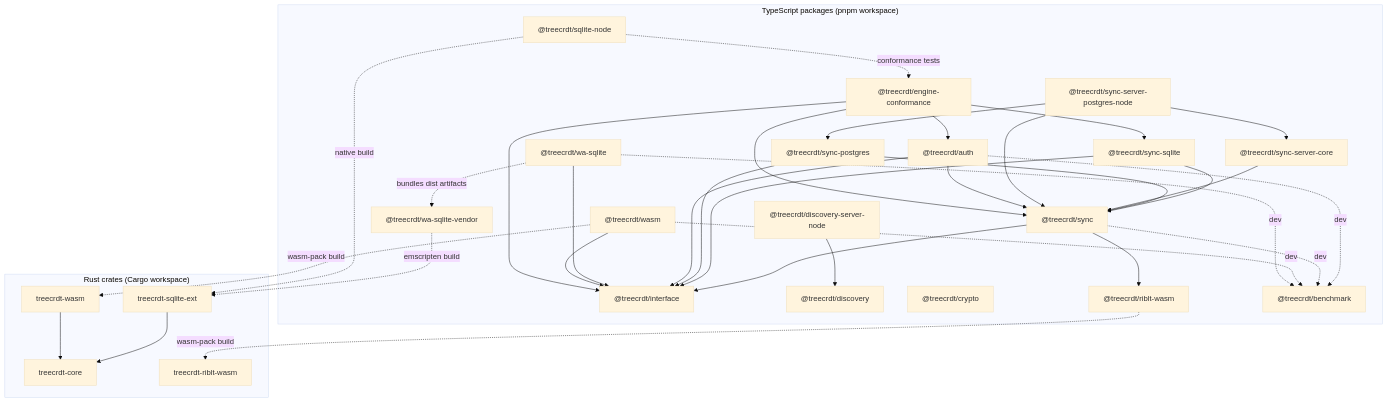
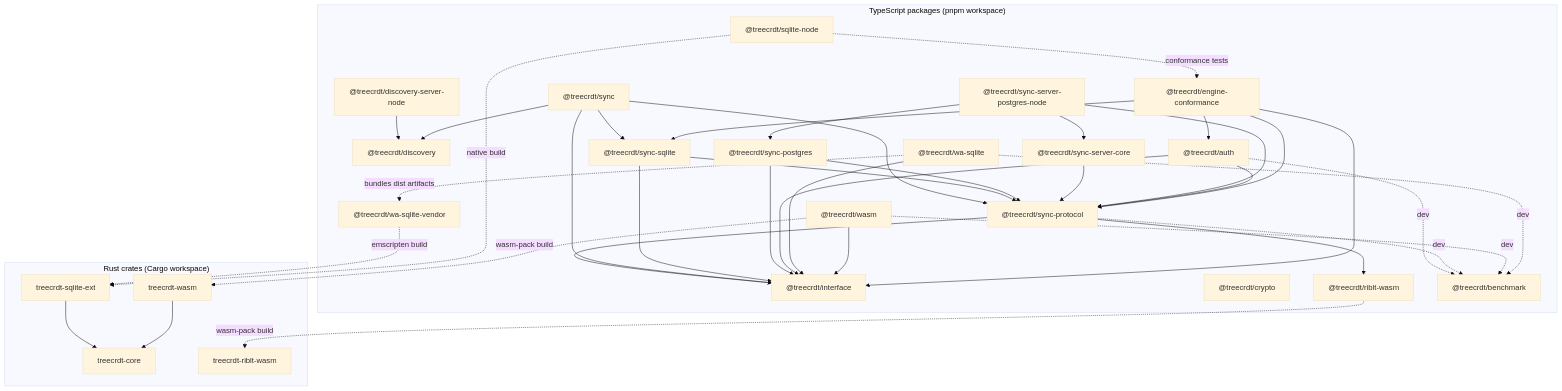
Before and after one commit to cybersemics/treecrdt: the diagram in docs/ARCHITECTURE.md, drawn with Mermaid (base theme). The commit also changed other lines of this file and 132 other files, not shown here.

Commit message:
chore: rename sync to sync-protocol / sync package with socket implementation

````diff
--- a/docs/ARCHITECTURE.md
+++ b/docs/ARCHITECTURE.md
@@ -18,69 +18,74 @@
 ```mermaid
 flowchart TD
   %% Rust crates (Cargo workspace)
   subgraph Rust["Rust crates (Cargo workspace)"]
     core_crate["treecrdt-core"]
     sqlite_ext_crate["treecrdt-sqlite-ext"]
     wasm_crate["treecrdt-wasm"]
     riblt_crate["treecrdt-riblt-wasm"]
 
     sqlite_ext_crate --> core_crate
     wasm_crate --> core_crate
   end
 
   %% TypeScript packages (pnpm workspace)
   subgraph TS["TypeScript packages (pnpm workspace)"]
     iface["@treecrdt/interface"]
     discovery["@treecrdt/discovery"]
     discovery_server["@treecrdt/discovery-server-node"]
-    sync_core["@treecrdt/sync"]
+    sync_protocol["@treecrdt/sync-protocol"]
+    sync_client["@treecrdt/sync"]
     sync_sqlite["@treecrdt/sync-sqlite"]
     sync_postgres["@treecrdt/sync-postgres"]
     sync_server_core["@treecrdt/sync-server-core"]
     sync_server_pg["@treecrdt/sync-server-postgres-node"]
     auth["@treecrdt/auth"]
     crypto["@treecrdt/crypto"]
     wa_vendor["@treecrdt/wa-sqlite-vendor"]
     wa["@treecrdt/wa-sqlite"]
     wasm_pkg["@treecrdt/wasm"]
     riblt_pkg["@treecrdt/riblt-wasm"]
     sqlite_node["@treecrdt/sqlite-node"]
     conformance["@treecrdt/engine-conformance"]
     bench["@treecrdt/benchmark"]
   end
 
   %% Runtime dependencies
-  sync_core --> iface
+  sync_protocol --> iface
   discovery_server --> discovery
-  sync_core --> riblt_pkg
-  sync_sqlite --> sync_core
+  sync_protocol --> riblt_pkg
+  sync_client --> sync_protocol
+  sync_client --> discovery
+  sync_client --> iface
+  sync_client --> sync_sqlite
+  sync_sqlite --> sync_protocol
   sync_sqlite --> iface
-  sync_postgres --> sync_core
+  sync_postgres --> sync_protocol
   sync_postgres --> iface
-  sync_server_core --> sync_core
-  sync_server_pg --> sync_core
+  sync_server_core --> sync_protocol
+  sync_server_pg --> sync_protocol
   sync_server_pg --> sync_postgres
   sync_server_pg --> sync_server_core
   auth --> iface
-  auth --> sync_core
+  auth --> sync_protocol
   wa --> iface
   wasm_pkg --> iface
   conformance --> auth
-  conformance --> sync_core
+  conformance --> sync_protocol
   conformance --> sync_sqlite
   conformance --> iface
 
   %% Build-time connections (how artifacts are produced)
   riblt_pkg -. wasm-pack build .-> riblt_crate
   wasm_pkg -. wasm-pack build .-> wasm_crate
   wa_vendor -. emscripten build .-> sqlite_ext_crate
   sqlite_node -. native build .-> sqlite_ext_crate
   wa -. bundles dist artifacts .-> wa_vendor
 
   %% Dev/test relationships (kept out of runtime deps)
   auth -. dev .-> bench
-  sync_core -. dev .-> bench
+  sync_protocol -. dev .-> bench
   wasm_pkg -. dev .-> bench
   wa -. dev .-> bench
   sqlite_node -. conformance tests .-> conformance
 ```
````
